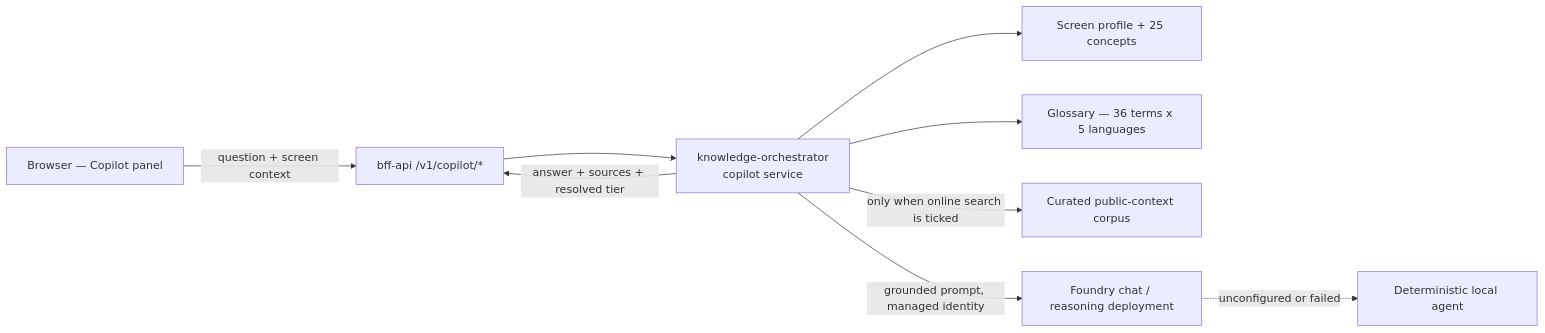
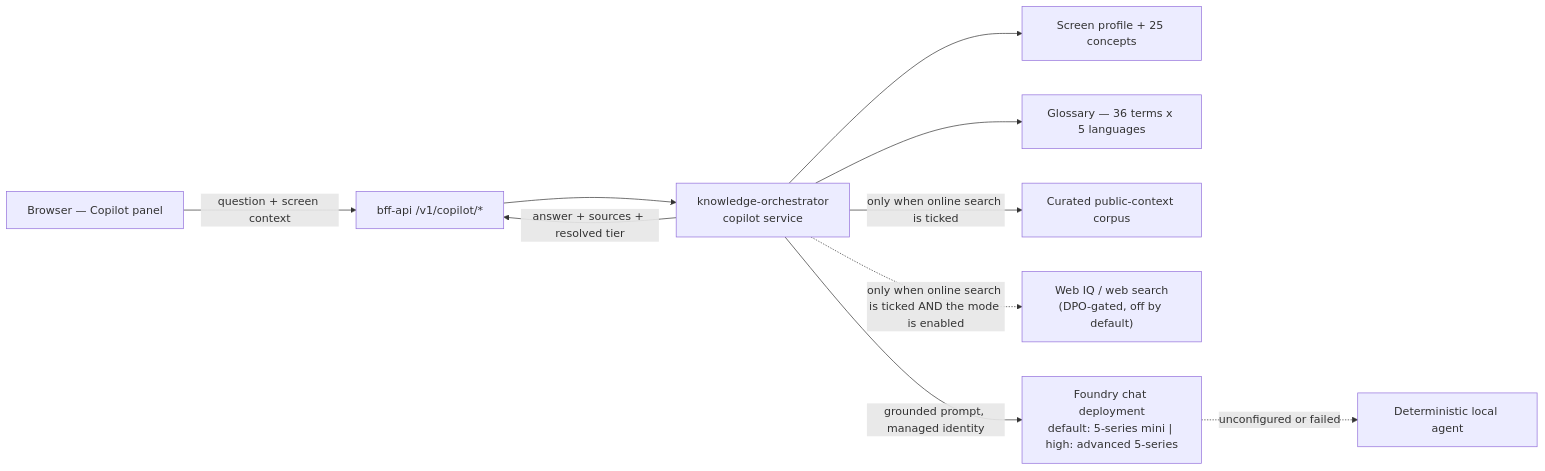
Before and after one commit to frkim/NovaSteel3: the fifth of 6 diagrams in docs/architecture/solution-architecture.md, drawn with Mermaid. The commit also changed other lines of this file and 45 other files, not shown here.

First line of the commit message:
Add Foundry Agent Service, AI Search procedure store and section help

````diff
--- a/docs/architecture/solution-architecture.md
+++ b/docs/architecture/solution-architecture.md
@@ -263,19 +267,21 @@
 ```mermaid
 flowchart LR
   U["Browser — Copilot panel"]
   BFF["bff-api /v1/copilot/*"]
   KO["knowledge-orchestrator\ncopilot service"]
   CTX["Screen profile + 25 concepts"]
   GL["Glossary — 36 terms x 5 languages"]
   ON["Curated public-context corpus"]
-  F["Foundry chat / reasoning deployment"]
+  WIQ["Web IQ / web search\n(DPO-gated, off by default)"]
+  F["Foundry chat deployment\ndefault: 5-series mini | high: advanced 5-series"]
   L["Deterministic local agent"]
   U -->|question + screen context| BFF
   BFF --> KO
   KO --> CTX
   KO --> GL
   KO -->|only when online search is ticked| ON
+  KO -.->|only when online search is ticked AND the mode is enabled| WIQ
   KO -->|grounded prompt, managed identity| F
   F -.->|unconfigured or failed| L
   KO -->|answer + sources + resolved tier| BFF
 ```
````
